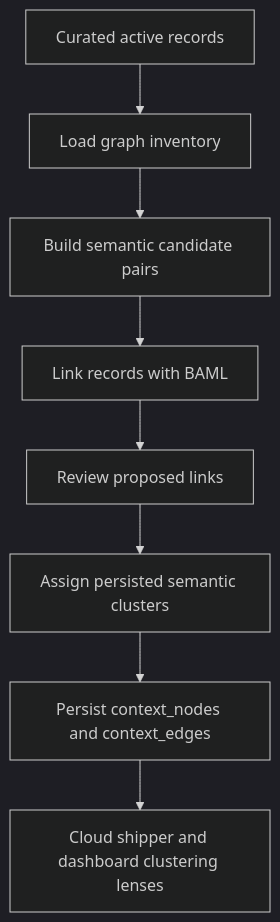
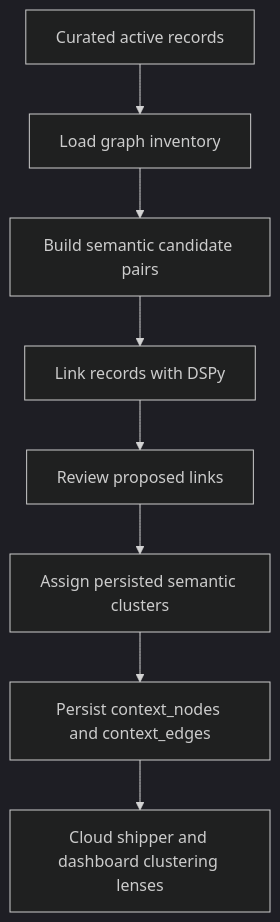
One commit to nablo-io/lerim changed the first of 3 diagrams in src/lerim/README.md. Above: the diagram before and after it, drawn with Mermaid (dark theme). The commit also changed other lines of this file and 140 other files, not shown here.

````diff
--- a/src/lerim/README.md
+++ b/src/lerim/README.md
@@ -43,10 +43,10 @@
 ```mermaid
 flowchart TD
     A["Curated active records"] --> B["Load graph inventory"]
     B --> C["Build semantic candidate pairs"]
-    C --> D["Link records with BAML"]
+    C --> D["Link records with DSPy"]
     D --> E["Review proposed links"]
     E --> F["Assign persisted semantic clusters"]
     F --> G["Persist context_nodes and context_edges"]
     G --> H["Cloud shipper and dashboard clustering lenses"]
 ```
````
